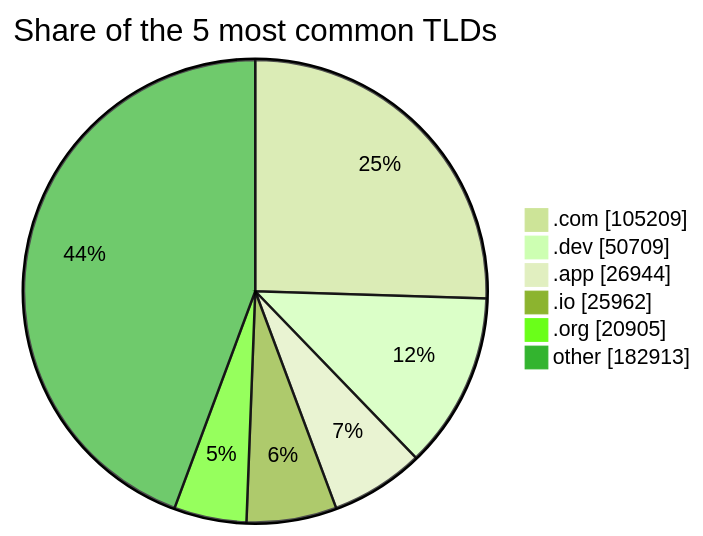
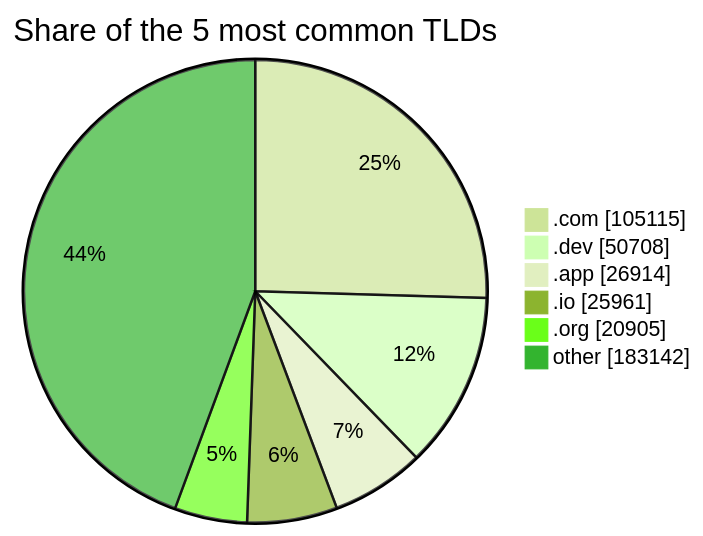
One commit to DNSBunker/CTI changed the third of 3 diagrams in README.md. Above: the diagram before and after it, drawn with Mermaid (forest theme). The commit also changed other lines of this file and 3 other files, not shown here.

````diff
--- a/README.md
+++ b/README.md
@@ -81,9 +81,9 @@
 ```mermaid
 pie showData title Share of the 5 most common TLDs
-    ".com" : 105209
-    ".dev" : 50709
-    ".app" : 26944
-    ".io" : 25962
+    ".com" : 105115
+    ".dev" : 50708
+    ".app" : 26914
+    ".io" : 25961
     ".org" : 20905
-    "other" : 182913
+    "other" : 183142
 ```
````
